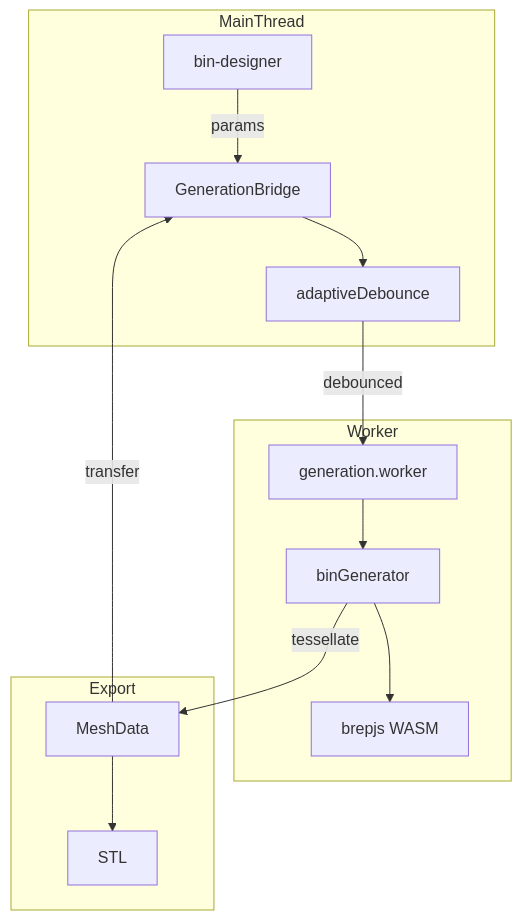
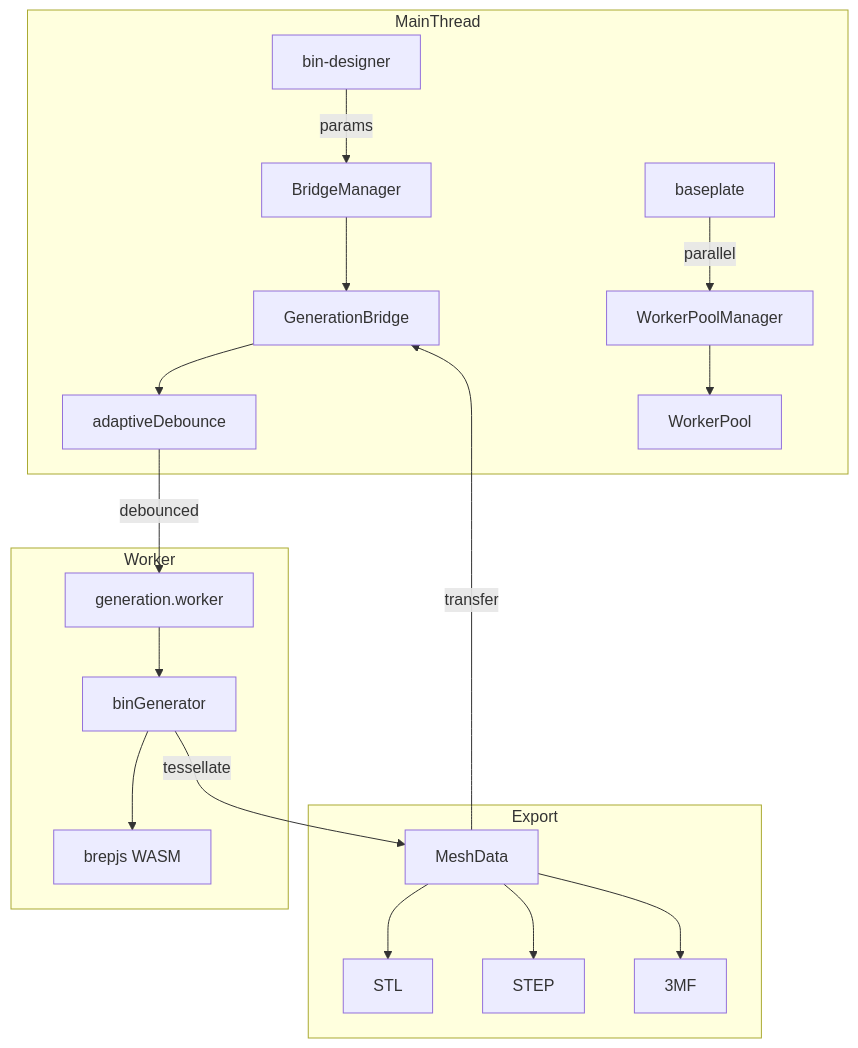
Before and after one commit to andymai/gridfinity-layout-tool: the diagram in src/features/generation/README.md, drawn with Mermaid. The commit also changed other lines of this file and 47 other files, not shown here.

````diff
--- a/src/features/generation/README.md
+++ b/src/features/generation/README.md
@@ -5,16 +5,21 @@
 ```mermaid
 graph TB
     subgraph MainThread
-        BD[bin-designer] -->|params| GB[GenerationBridge]
+        BD[bin-designer] -->|params| BM[BridgeManager]
+        BM --> GB[GenerationBridge]
         GB --> AD[adaptiveDebounce]
+        BP[baseplate] -->|parallel| WPM[WorkerPoolManager]
+        WPM --> WP[WorkerPool]
     end
     subgraph Worker
         AD -->|debounced| GW[generation.worker]
         GW --> BG[binGenerator]
         BG --> WASM[brepjs WASM]
     end
     subgraph Export
-        MD[MeshData] --> STL
+        MD[MeshData] --> STL[STL]
+        MD[MeshData] --> STEP[STEP]
+        MD[MeshData] --> THREEMF[3MF]
     end
     BG -->|tessellate| MD -->|transfer| GB
 ```
````
